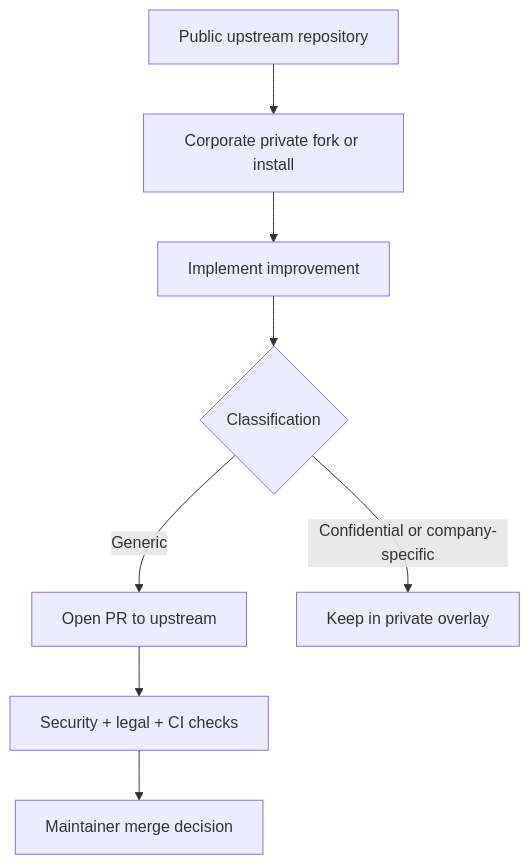
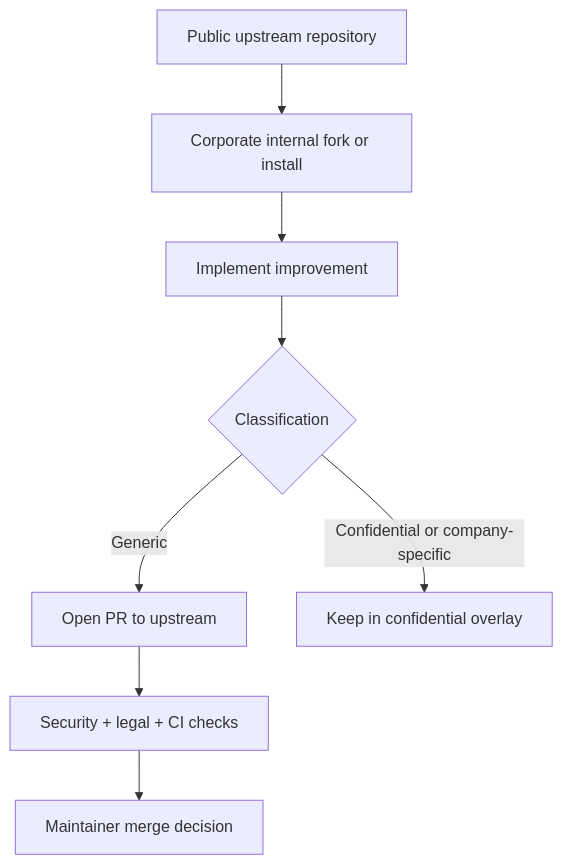
The diagram in docs/legal/OPEN-SOURCE-READINESS.md (xampo848/fhh-ia-ecosystem-workflow-kit), drawn with Mermaid before and after one commit. The commit also changed other lines of this file and 31 other files, not shown here.

````diff
--- a/docs/legal/OPEN-SOURCE-READINESS.md
+++ b/docs/legal/OPEN-SOURCE-READINESS.md
@@ -111,10 +111,10 @@
 ```mermaid
 flowchart TD
-	A[Public upstream repository] --> B[Corporate private fork or install]
+	A[Public upstream repository] --> B[Corporate internal fork or install]
 	B --> C[Implement improvement]
 	C --> D{Classification}
 	D -->|Generic| E[Open PR to upstream]
-	D -->|Confidential or company-specific| F[Keep in private overlay]
+	D -->|Confidential or company-specific| F[Keep in confidential overlay]
 	E --> G[Security + legal + CI checks]
 	G --> H[Maintainer merge decision]
 ```
````
